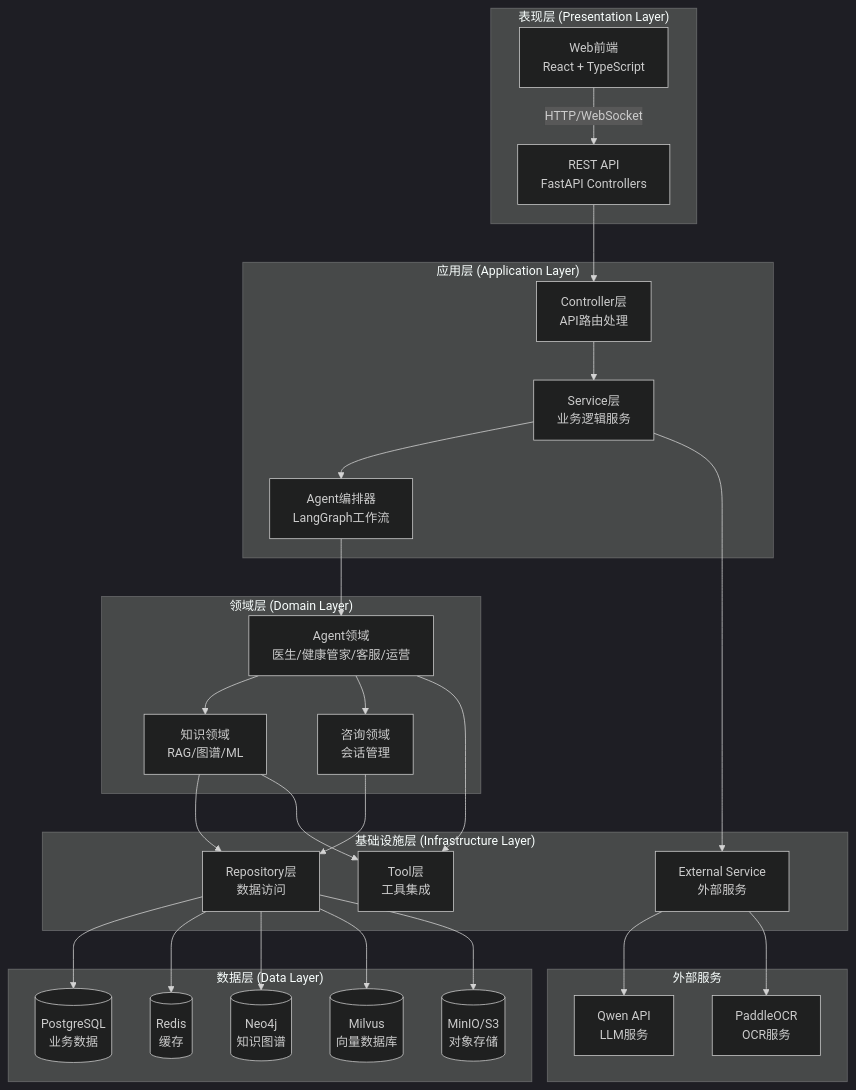
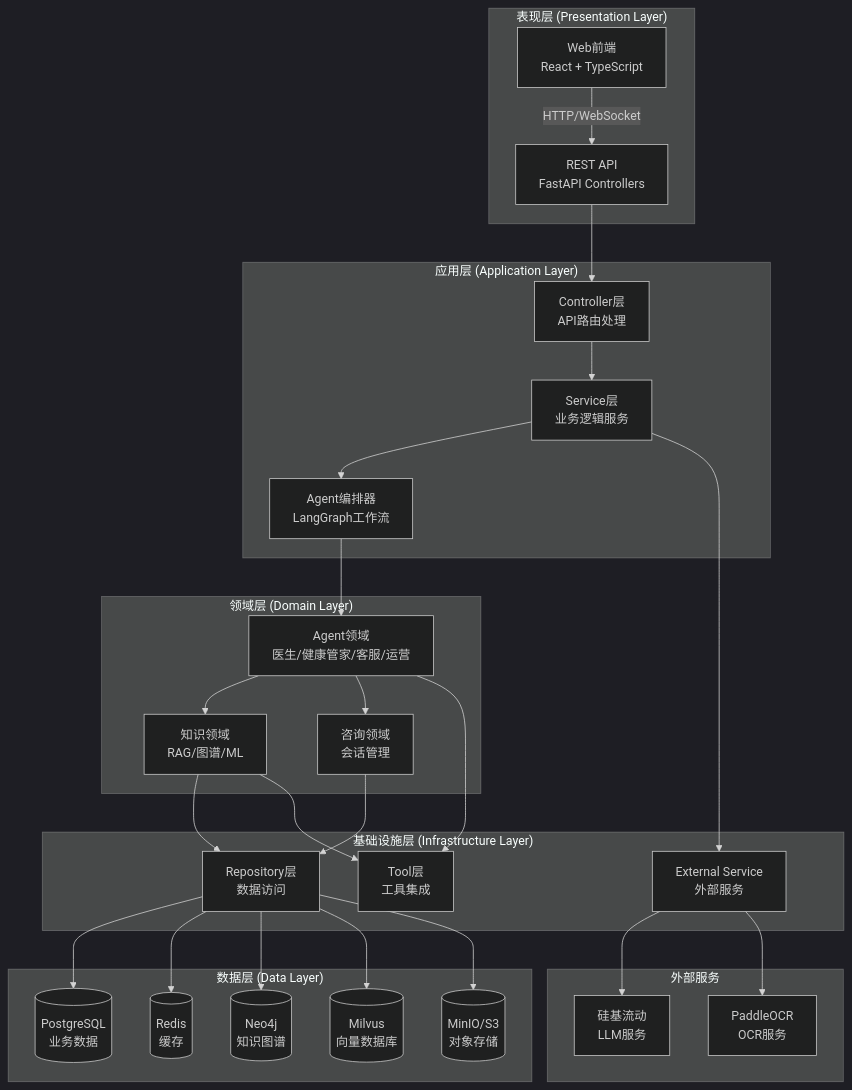
The first of 5 diagrams in docs/ARCHITECTURE.md (zgsddzwj/intelligent_consultation), drawn with Mermaid (dark theme) before and after one commit. The commit also changed other lines of this file and 5 other files, not shown here.

````diff
--- a/docs/ARCHITECTURE.md
+++ b/docs/ARCHITECTURE.md
@@ -14,58 +14,58 @@
 ```mermaid
 graph TB
     subgraph Presentation["表现层 (Presentation Layer)"]
         WebUI[Web前端<br/>React + TypeScript]
         RESTAPI[REST API<br/>FastAPI Controllers]
     end
     
     subgraph Application["应用层 (Application Layer)"]
         Controller[Controller层<br/>API路由处理]
         Service[Service层<br/>业务逻辑服务]
         Orchestrator[Agent编排器<br/>LangGraph工作流]
     end
     
     subgraph Domain["领域层 (Domain Layer)"]
         Agent[Agent领域<br/>医生/健康管家/客服/运营]
         Knowledge[知识领域<br/>RAG/图谱/ML]
         Consultation[咨询领域<br/>会话管理]
     end
     
     subgraph Infrastructure["基础设施层 (Infrastructure Layer)"]
         Repository[Repository层<br/>数据访问]
         External[External Service<br/>外部服务]
         Tool[Tool层<br/>工具集成]
     end
     
     subgraph Data["数据层 (Data Layer)"]
         PostgreSQL[(PostgreSQL<br/>业务数据)]
         Redis[(Redis<br/>缓存)]
         Neo4j[(Neo4j<br/>知识图谱)]
         Milvus[(Milvus<br/>向量数据库)]
         ObjectStorage[(MinIO/S3<br/>对象存储)]
     end
     
     subgraph ExternalServices["外部服务"]
-        QwenAPI[Qwen API<br/>LLM服务]
+        LLMProvider[硅基流动<br/>LLM服务]
         PaddleOCR[PaddleOCR<br/>OCR服务]
     end
     
     WebUI -->|HTTP/WebSocket| RESTAPI
     RESTAPI --> Controller
     Controller --> Service
     Service --> Orchestrator
     Orchestrator --> Agent
     Agent --> Knowledge
     Agent --> Consultation
     Knowledge --> Repository
     Consultation --> Repository
     Repository --> PostgreSQL
     Repository --> Redis
     Repository --> Neo4j
     Repository --> Milvus
     Repository --> ObjectStorage
     Service --> External
-    External --> QwenAPI
+    External --> LLMProvider
     External --> PaddleOCR
     Agent --> Tool
     Knowledge --> Tool
 ```
````
